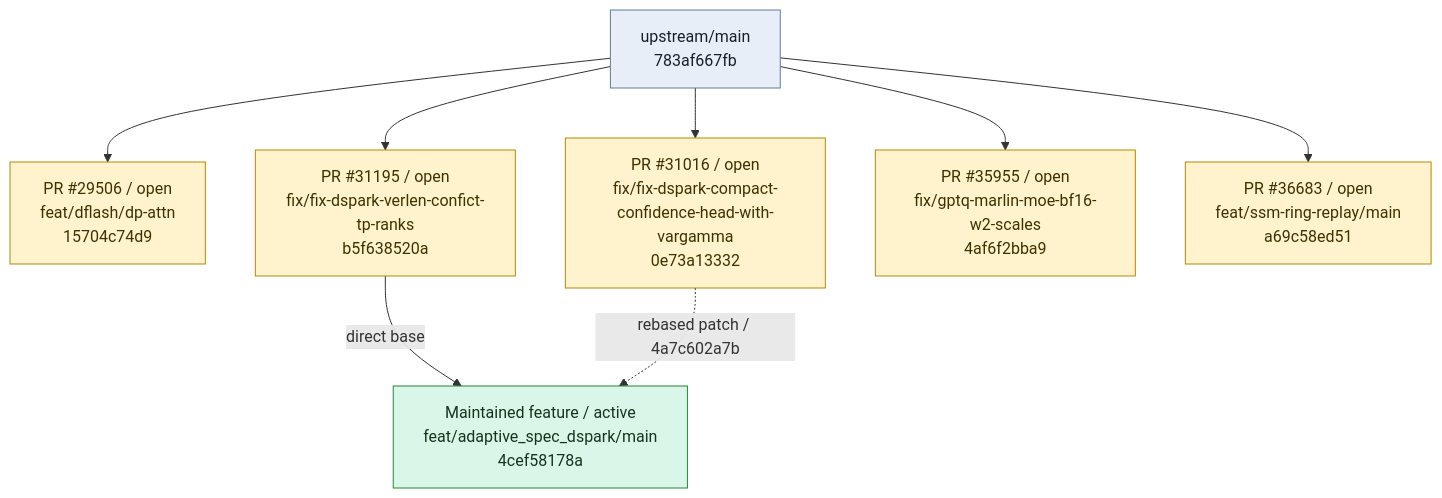
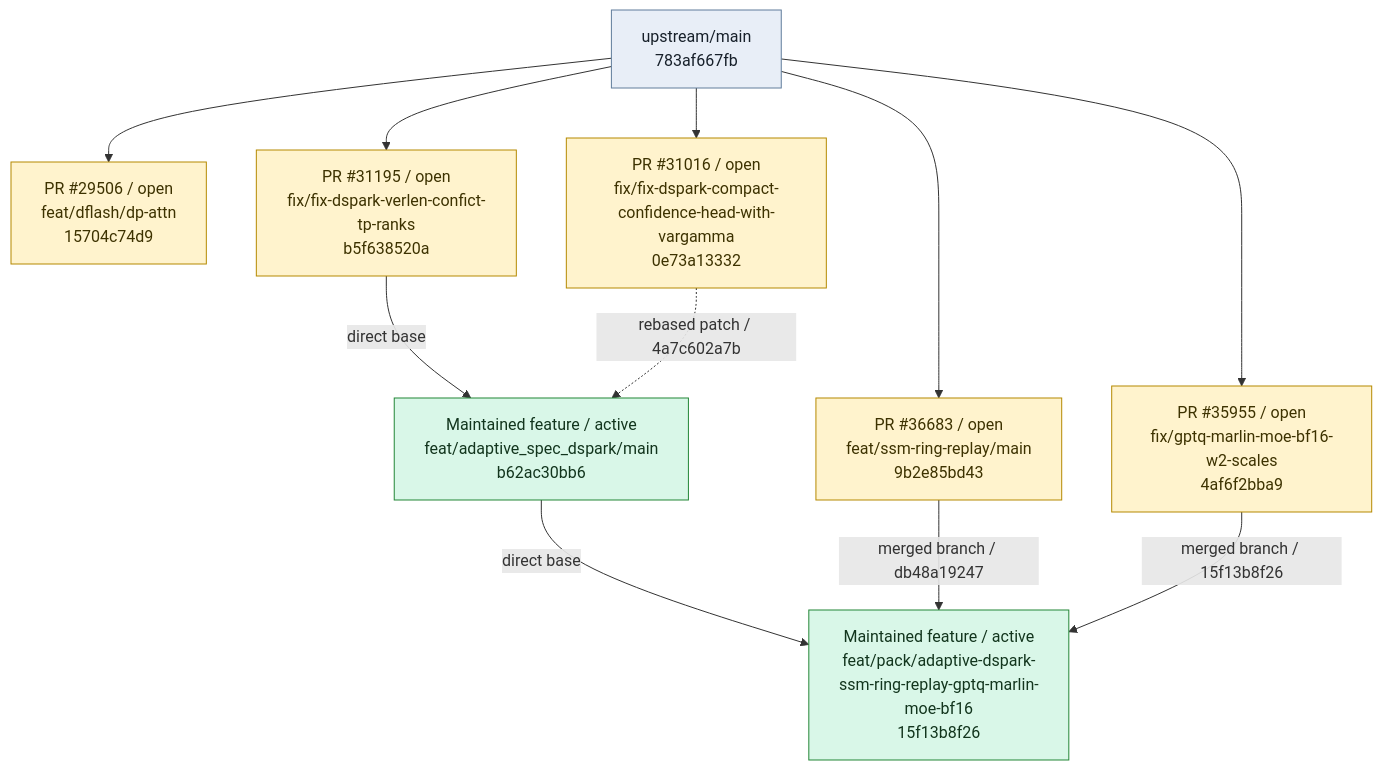
The first of 3 diagrams in BRANCH_GRAPH.md (EanWang211123/sglang), drawn with Mermaid before and after one commit. The commit also changed other lines of this file and 4 other files, not shown here.

Commit message:
meta: register adaptive ReplaySSM GPTQ feature pack

````diff
--- a/BRANCH_GRAPH.md
+++ b/BRANCH_GRAPH.md
@@ -11,29 +11,34 @@
 ```mermaid
 flowchart TD
     base_upstream_main["upstream/main<br/>783af667fb"]
     branch_dflash_dp_attn["PR #29506 / open<br/>feat/dflash/dp-attn<br/>15704c74d9"]
     base_upstream_main --> branch_dflash_dp_attn
     click branch_dflash_dp_attn "https://github.com/sgl-project/sglang/pull/29506"
     branch_dspark_tp_budget_sync["PR #31195 / open<br/>fix/fix-dspark-verlen-confict-tp-ranks<br/>b5f638520a"]
     base_upstream_main --> branch_dspark_tp_budget_sync
     click branch_dspark_tp_budget_sync "https://github.com/sgl-project/sglang/pull/31195"
     branch_dspark_runtime_gamma["PR #31016 / open<br/>fix/fix-dspark-compact-confidence-head-with-vargamma<br/>0e73a13332"]
     base_upstream_main --> branch_dspark_runtime_gamma
     click branch_dspark_runtime_gamma "https://github.com/sgl-project/sglang/pull/31016"
     branch_gptq_marlin_moe_bf16_w2_scales["PR #35955 / open<br/>fix/gptq-marlin-moe-bf16-w2-scales<br/>4af6f2bba9"]
     base_upstream_main --> branch_gptq_marlin_moe_bf16_w2_scales
     click branch_gptq_marlin_moe_bf16_w2_scales "https://github.com/sgl-project/sglang/pull/35955"
-    branch_replayssm_dflash_dspark["PR #36683 / open<br/>feat/ssm-ring-replay/main<br/>a69c58ed51"]
+    branch_replayssm_dflash_dspark["PR #36683 / open<br/>feat/ssm-ring-replay/main<br/>9b2e85bd43"]
     base_upstream_main --> branch_replayssm_dflash_dspark
     click branch_replayssm_dflash_dspark "https://github.com/sgl-project/sglang/pull/36683"
-    branch_dspark_adaptive["Maintained feature / active<br/>feat/adaptive_spec_dspark/main<br/>4cef58178a"]
+    branch_dspark_adaptive["Maintained feature / active<br/>feat/adaptive_spec_dspark/main<br/>b62ac30bb6"]
     click branch_dspark_adaptive "https://github.com/EanWang211123/sglang/tree/feat/adaptive_spec_dspark/main"
+    branch_adaptive_dspark_replayssm_gptq_marlin_pack["Maintained feature / active<br/>feat/pack/adaptive-dspark-ssm-ring-replay-gptq-marlin-moe-bf16<br/>15f13b8f26"]
+    click branch_adaptive_dspark_replayssm_gptq_marlin_pack "https://github.com/EanWang211123/sglang/tree/feat/pack/adaptive-dspark-ssm-ring-replay-gptq-marlin-moe-bf16"
     branch_dspark_tp_budget_sync -->|"direct base"| branch_dspark_adaptive
     branch_dspark_runtime_gamma -.->|"rebased patch / 4a7c602a7b"| branch_dspark_adaptive
+    branch_dspark_adaptive -->|"direct base"| branch_adaptive_dspark_replayssm_gptq_marlin_pack
+    branch_replayssm_dflash_dspark -->|"merged branch / db48a19247"| branch_adaptive_dspark_replayssm_gptq_marlin_pack
+    branch_gptq_marlin_moe_bf16_w2_scales -->|"merged branch / 15f13b8f26"| branch_adaptive_dspark_replayssm_gptq_marlin_pack
     classDef base fill:#e8eef7,stroke:#607d9b,color:#17202a
     classDef pr fill:#fff3cd,stroke:#b58900,color:#3d3200
     classDef feature fill:#d9f7e8,stroke:#238636,color:#12351d
     class base_upstream_main base
     class branch_dflash_dp_attn,branch_dspark_tp_budget_sync,branch_dspark_runtime_gamma,branch_gptq_marlin_moe_bf16_w2_scales,branch_replayssm_dflash_dspark pr
-    class branch_dspark_adaptive feature
+    class branch_dspark_adaptive,branch_adaptive_dspark_replayssm_gptq_marlin_pack feature
 ```
````
